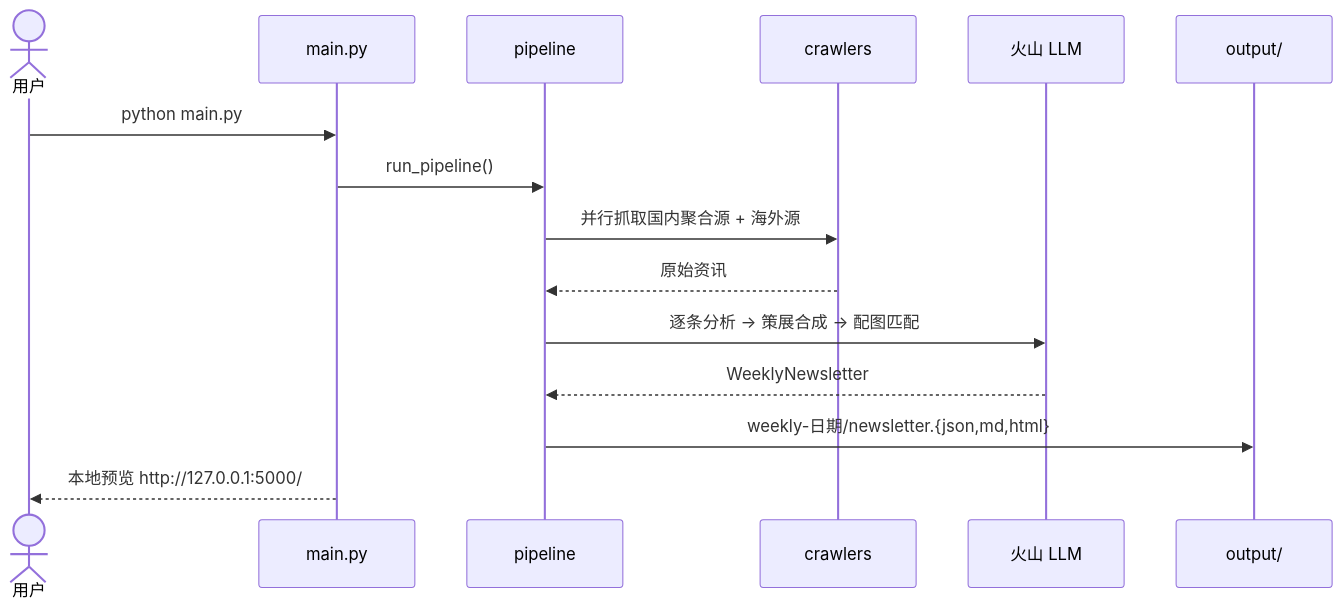
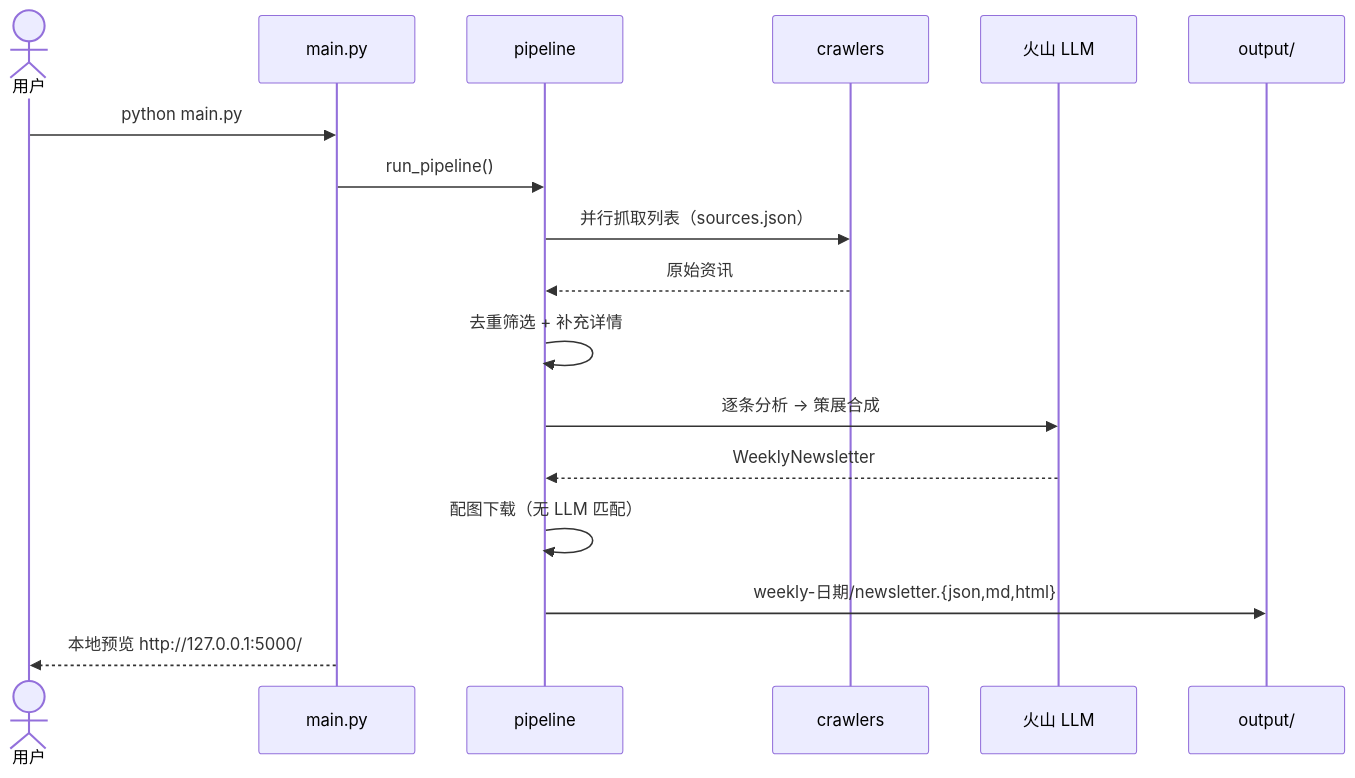
Before and after one commit to deerXXL/my-ai-weekly: the diagram in README.md, drawn with Mermaid. The commit also changed other lines of this file and 19 other files, not shown here.

````diff
--- a/README.md
+++ b/README.md
@@ -93,18 +115,20 @@
 ```mermaid
 sequenceDiagram
     actor U as 用户
     participant M as main.py
     participant P as pipeline
     participant C as crawlers
     participant L as 火山 LLM
     participant O as output/
 
     U->>M: python main.py
     M->>P: run_pipeline()
-    P->>C: 并行抓取国内聚合源 + 海外源
+    P->>C: 并行抓取列表（sources.json）
     C-->>P: 原始资讯
-    P->>L: 逐条分析 → 策展合成 → 配图匹配
+    P->>P: 去重筛选 + 补充详情
+    P->>L: 逐条分析 → 策展合成
     L-->>P: WeeklyNewsletter
+    P->>P: 配图下载（无 LLM 匹配）
     P->>O: weekly-日期/newsletter.{json,md,html}
     M-->>U: 本地预览 http://127.0.0.1:5000/
 ```
````
